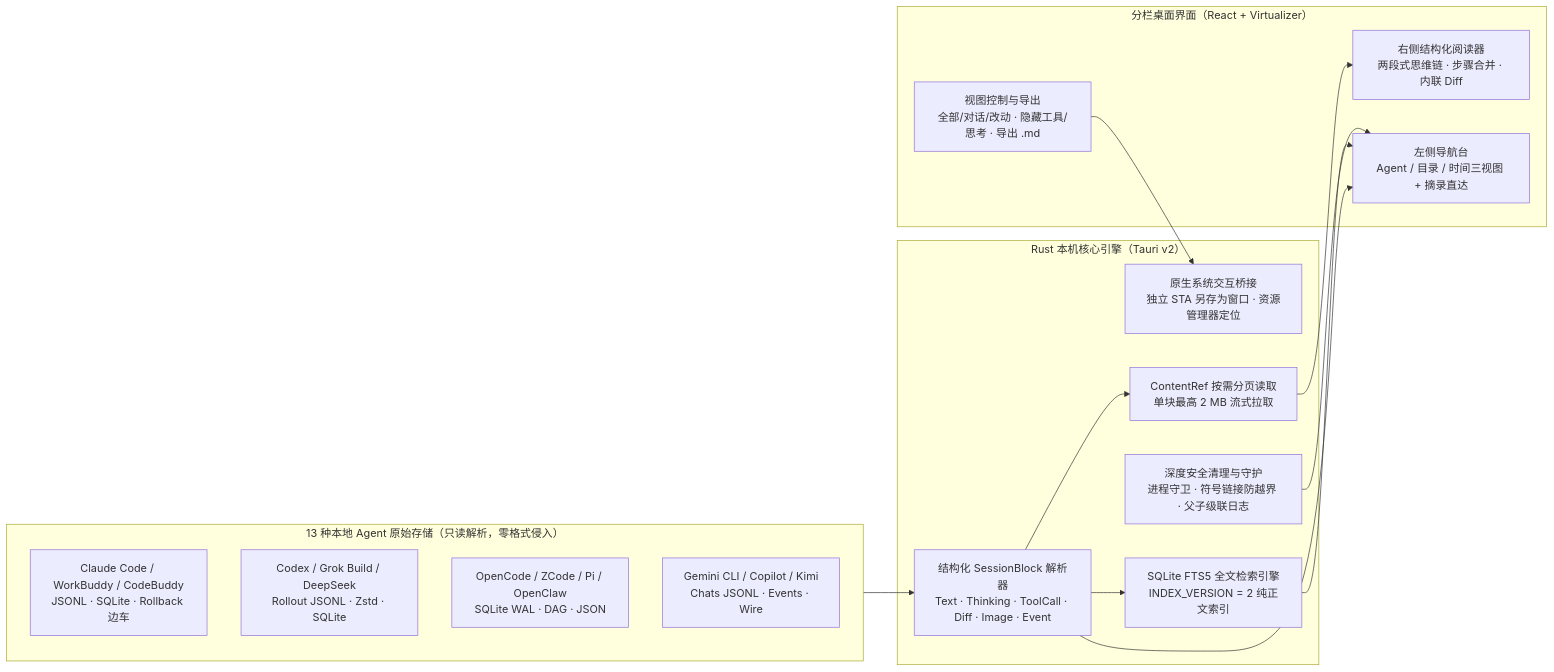
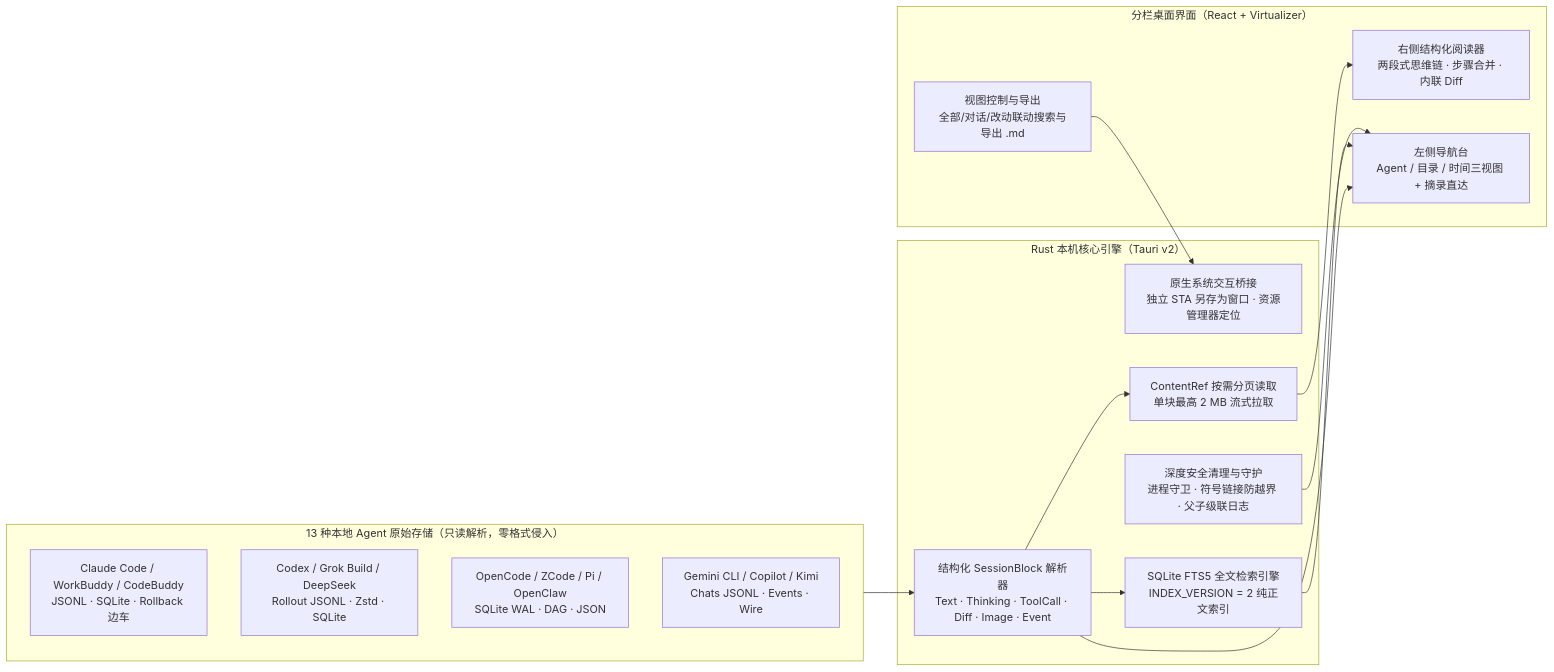
One commit to zhuchongba-01/AgentSessionManager changed the diagram in README.md. Above: the diagram before and after it, drawn with Mermaid. The commit also changed other lines of this file and 21 other files, not shown here.

````diff
--- a/README.md
+++ b/README.md
@@ -57,32 +57,32 @@
 ```mermaid
 flowchart LR
   subgraph Agents["13 种本地 Agent 原始存储（只读解析，零格式侵入）"]
     A1["Claude Code / WorkBuddy / CodeBuddy<br/>JSONL · SQLite · Rollback 边车"]
     A2["Codex / Grok Build / DeepSeek<br/>Rollout JSONL · Zstd · SQLite"]
     A3["OpenCode / ZCode / Pi / OpenClaw<br/>SQLite WAL · DAG · JSON"]
     A4["Gemini CLI / Copilot / Kimi<br/>Chats JSONL · Events · Wire"]
   end
 
   subgraph Engine["Rust 本机核心引擎（Tauri v2）"]
     B1["结构化 SessionBlock 解析器<br/>Text · Thinking · ToolCall · Diff · Image · Event"]
     B2["ContentRef 按需分页读取<br/>单块最高 2 MB 流式拉取"]
     B3["SQLite FTS5 全文检索引擎<br/>INDEX_VERSION = 2 纯正文索引"]
     B4["深度安全清理与守护<br/>进程守卫 · 符号链接防越界 · 父子级联日志"]
     B5["原生系统交互桥接<br/>独立 STA 另存为窗口 · 资源管理器定位"]
   end
 
   subgraph UI["分栏桌面界面（React + Virtualizer）"]
     C1["左侧导航台<br/>Agent / 目录 / 时间三视图 + 摘录直达"]
     C2["右侧结构化阅读器<br/>两段式思维链 · 步骤合并 · 内联 Diff"]
-    C3["视图控制与导出<br/>全部/对话/改动 · 隐藏工具/思考 · 导出 .md"]
+    C3["视图控制与导出<br/>全部/对话/改动联动搜索与导出 .md"]
   end
 
   Agents --> B1
   B1 --> B2
   B1 --> B3
   B1 --> C1
   B2 --> C2
   B3 --> C1
   B4 --> C1
   C3 --> B5
 ```
````
